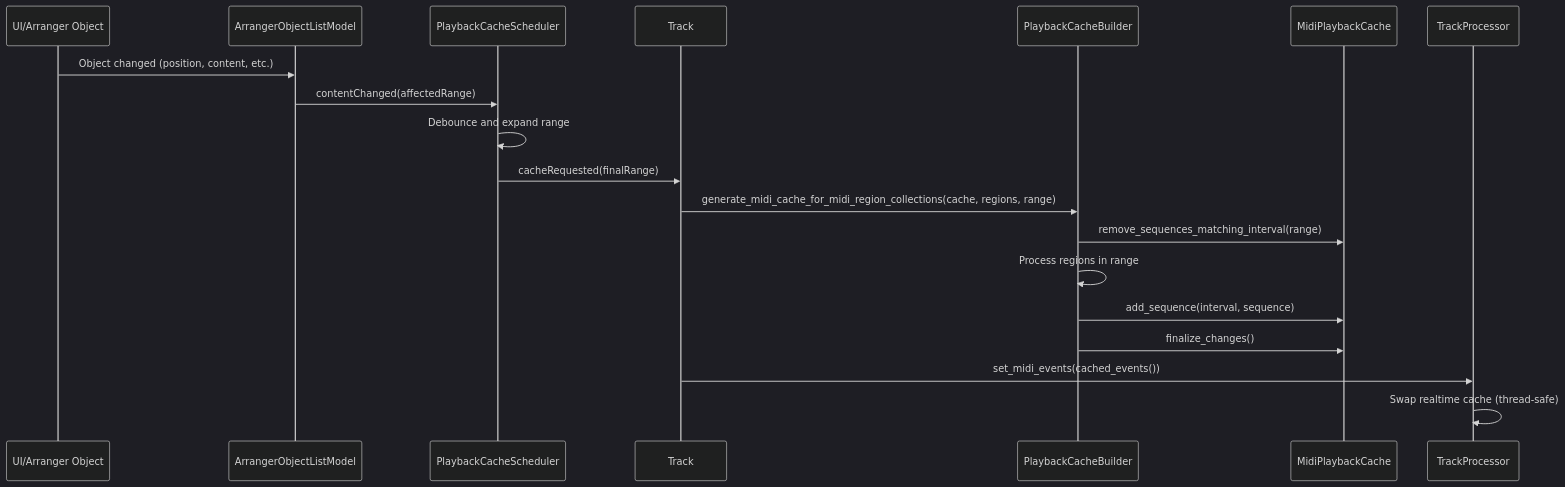
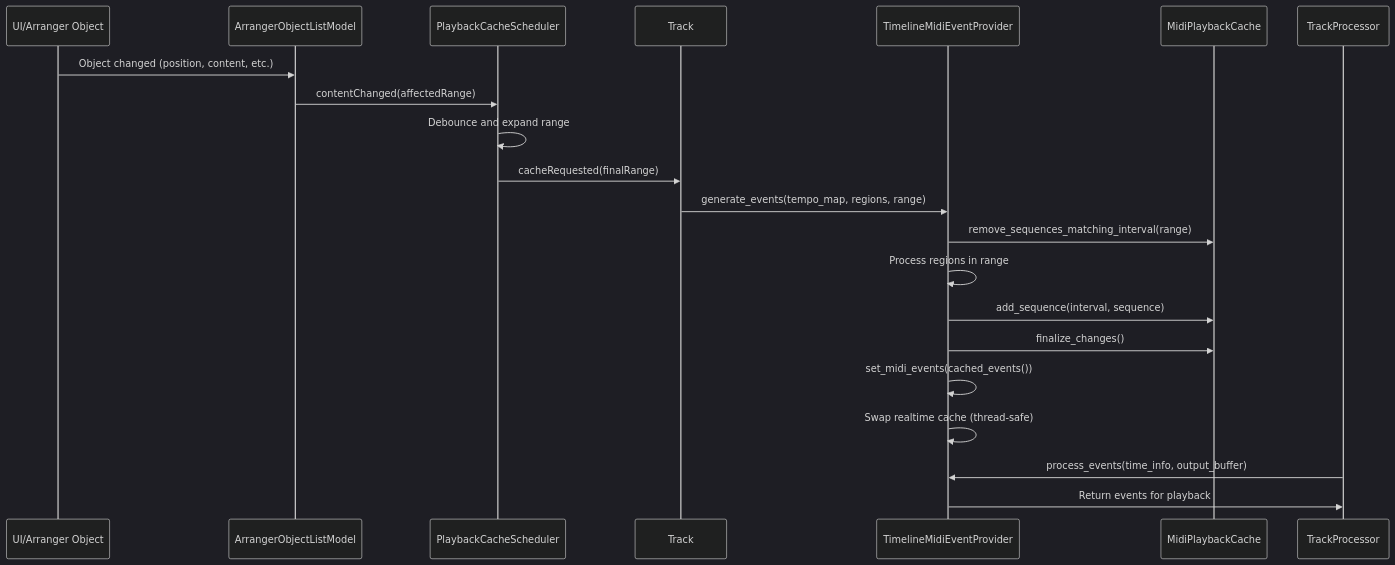
The fourth of 4 diagrams in doc/dev/playback_cache_architecture.md (zrythm/zrythm), drawn with Mermaid (dark theme) before and after one commit. The commit also changed other lines of this file and 11 other files, not shown here.

Commit message:
TrackProcessor: use audio/MIDI provider-based approach

````diff
--- a/doc/dev/playback_cache_architecture.md
+++ b/doc/dev/playback_cache_architecture.md
@@ -114,22 +126,24 @@
 ```mermaid
 sequenceDiagram
     participant UI as UI/Arranger Object
     participant AOLM as ArrangerObjectListModel
     participant Scheduler as PlaybackCacheScheduler
     participant Track as Track
-    participant Builder as PlaybackCacheBuilder
+    participant Provider as TimelineMidiEventProvider
     participant Cache as MidiPlaybackCache
     participant Processor as TrackProcessor
 
     UI->>AOLM: Object changed (position, content, etc.)
     AOLM->>Scheduler: contentChanged(affectedRange)
     Scheduler->>Scheduler: Debounce and expand range
     Scheduler->>Track: cacheRequested(finalRange)
-    Track->>Builder: generate_midi_cache_for_midi_region_collections(cache, regions, range)
-    Builder->>Cache: remove_sequences_matching_interval(range)
-    Builder->>Builder: Process regions in range
-    Builder->>Cache: add_sequence(interval, sequence)
-    Builder->>Cache: finalize_changes()
-    Track->>Processor: set_midi_events(cached_events())
-    Processor->>Processor: Swap realtime cache (thread-safe)
+    Track->>Provider: generate_events(tempo_map, regions, range)
+    Provider->>Cache: remove_sequences_matching_interval(range)
+    Provider->>Provider: Process regions in range
+    Provider->>Cache: add_sequence(interval, sequence)
+    Provider->>Cache: finalize_changes()
+    Provider->>Provider: set_midi_events(cached_events())
+    Provider->>Provider: Swap realtime cache (thread-safe)
+    Processor->>Provider: process_events(time_info, output_buffer)
+    Provider->>Processor: Return events for playback
 ```
````
